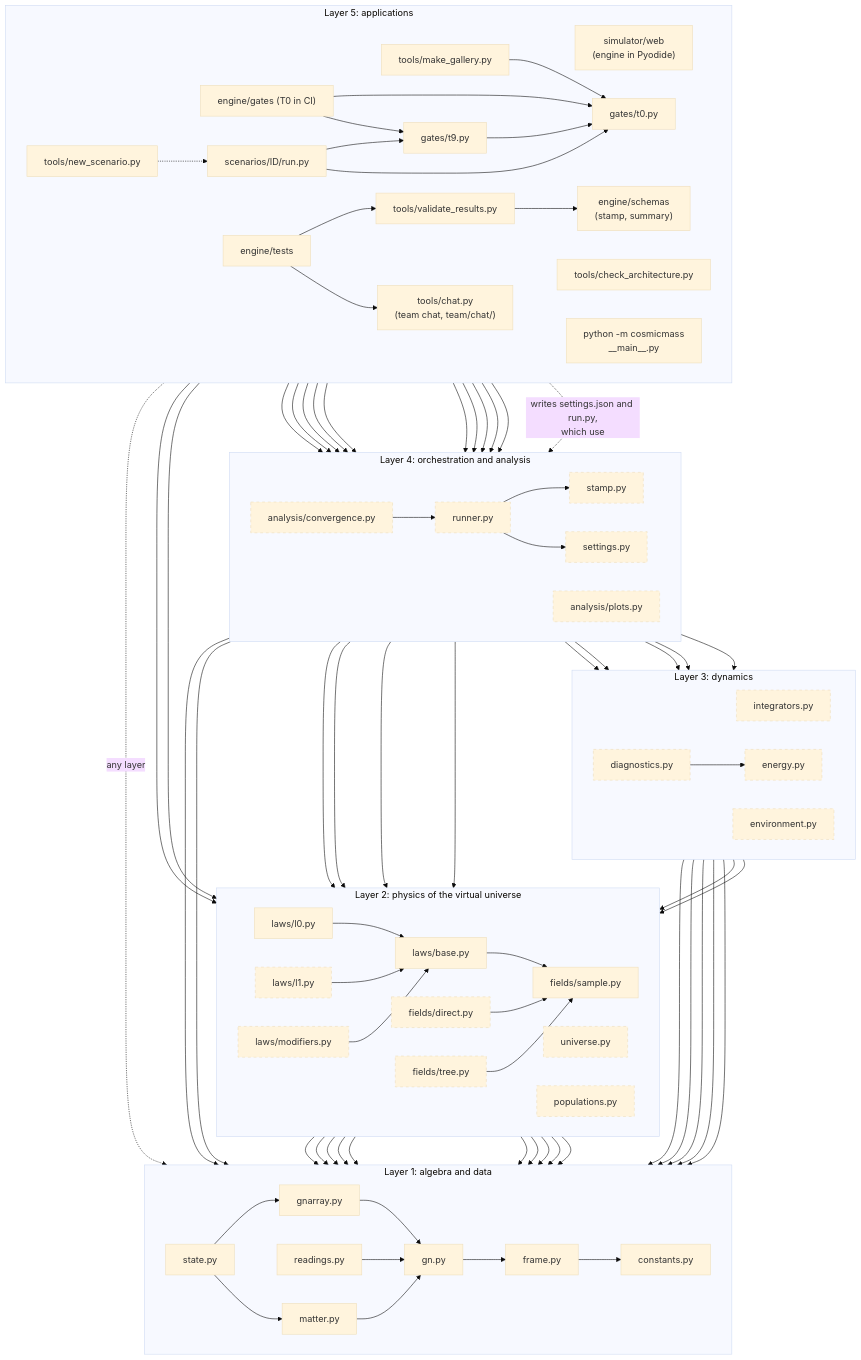
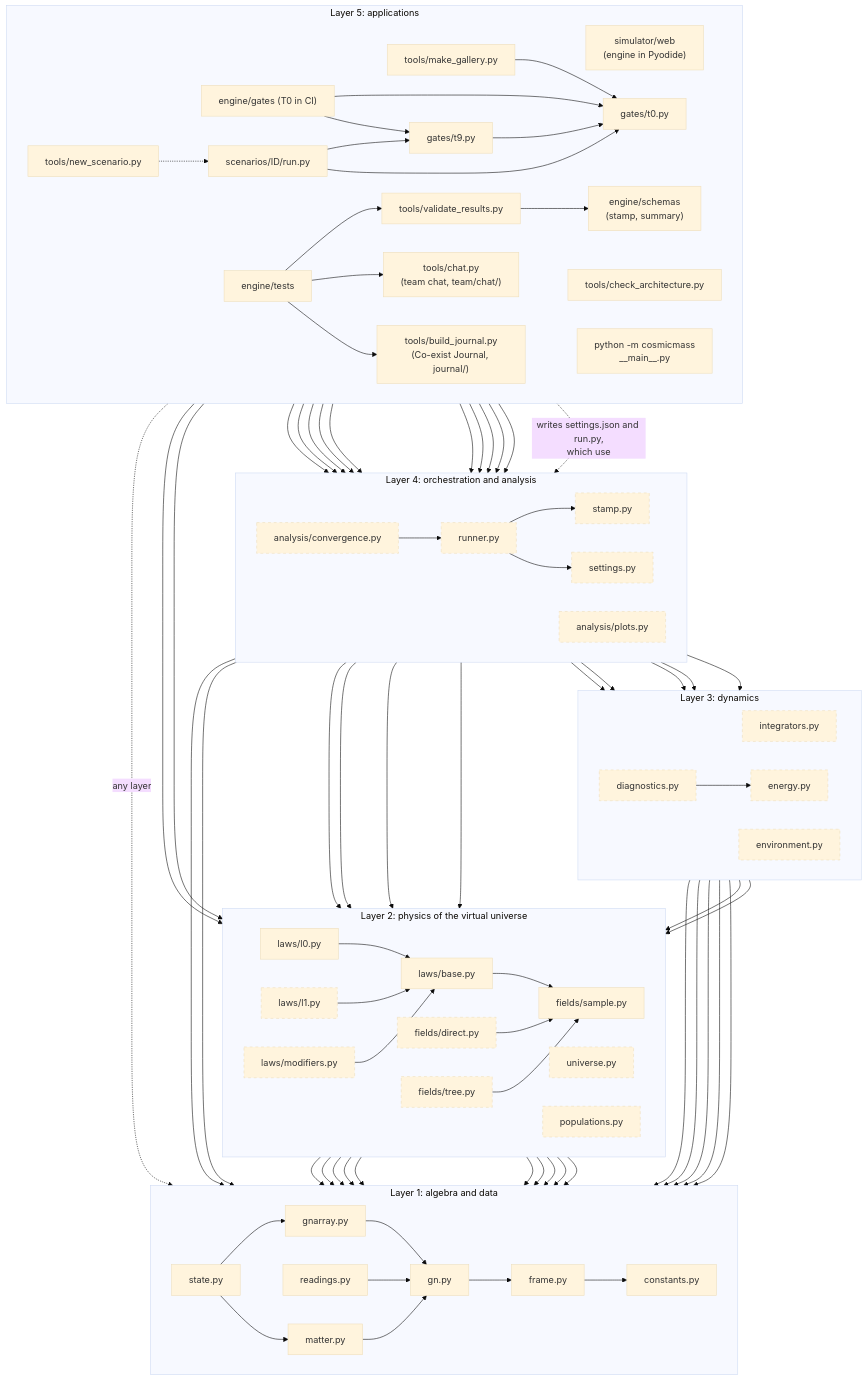
Before and after one commit to isaacmindx-collab/cosmic-mass-lab: the second of 8 diagrams in ARCHITECTURE.md, drawn with Mermaid (base theme). The commit also changed other lines of this file and 32 other files, not shown here.

First line of the commit message:
Co-exist Journal: in-house journal with AI authors, discussion, and the AI teaching duty (D34, D35)

```diff
--- a/ARCHITECTURE.md
+++ b/ARCHITECTURE.md
@@ -148,6 +149,7 @@
         validate["tools/validate_results.py"]
         schemas["engine/schemas<br/>(stamp, summary)"]
         gallery["tools/make_gallery.py"]
+        journal["tools/build_journal.py<br/>(Co-exist Journal, journal/)"]
         cli["python -m cosmicmass<br/>__main__.py"]
         scen["scenarios/ID/run.py"]
         gate["gates/t0.py"]
@@ -217,6 +219,7 @@
     tests -.->|"any layer"| gn
     tests --> validate
     tests --> chat
+    tests --> journal
     validate --> schemas
     webui --> runner
     scaffold -.->|"writes settings.json and run.py,<br/>which use"| settings
```
